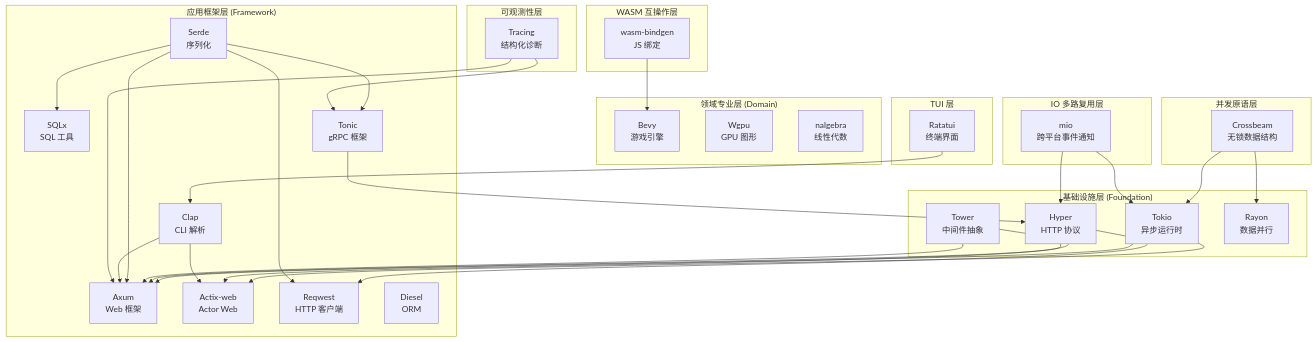
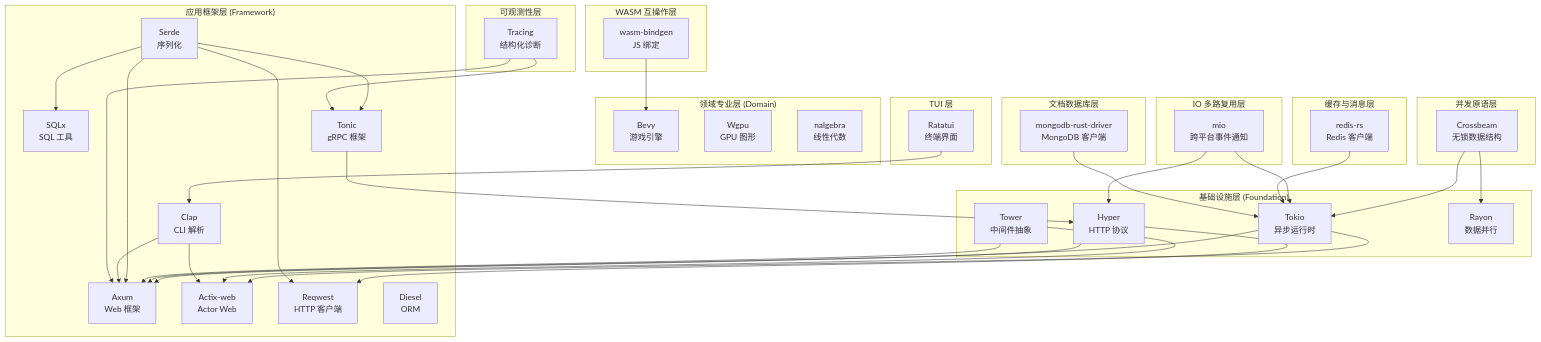
The diagram in docs/research_notes/software_design_theory/07_crate_architectures/00_crate_architecture_master_index.md (martin-ly/rust-lang), drawn with Mermaid before and after one commit. The commit also changed other lines of this file and 47 other files, not shown here.

````diff
--- a/docs/research_notes/software_design_theory/07_crate_architectures/00_crate_architecture_master_index.md
+++ b/docs/research_notes/software_design_theory/07_crate_architectures/00_crate_architecture_master_index.md
@@ -106,68 +109,78 @@
 ```mermaid
 graph TD
     subgraph 基础设施层["基础设施层 (Foundation)"]
         TOKIO[Tokio<br/>异步运行时]
         HYPER[Hyper<br/>HTTP 协议]
         TOWER[Tower<br/>中间件抽象]
         RAYON[Rayon<br/>数据并行]
     end
 
     subgraph 应用框架层["应用框架层 (Framework)"]
         AXUM[Axum<br/>Web 框架]
         ACTIX[Actix-web<br/>Actor Web]
         SERDE[Serde<br/>序列化]
         CLAP[Clap<br/>CLI 解析]
         REQ[Reqwest<br/>HTTP 客户端]
         SQLX[SQLx<br/>SQL 工具]
         DIESEL[Diesel<br/>ORM]
         TONIC[Tonic<br/>gRPC 框架]
     end
 
     subgraph 领域专业层["领域专业层 (Domain)"]
         BEVY[Bevy<br/>游戏引擎]
         WGPU[Wgpu<br/>GPU 图形]
         NALG[nalgebra<br/>线性代数]
     end
 
     subgraph WASM 互操作层["WASM 互操作层"]
         WBINDGEN[wasm-bindgen<br/>JS 绑定]
     end
 
     subgraph 可观测性层["可观测性层"]
         TRACE[Tracing<br/>结构化诊断]
     end
 
     subgraph 并发原语层["并发原语层"]
         CB[Crossbeam<br/>无锁数据结构]
     end
 
     subgraph IO 多路复用层["IO 多路复用层"]
         MIO[mio<br/>跨平台事件通知]
     end
 
+    subgraph 缓存与消息层["缓存与消息层"]
+        REDIS[redis-rs<br/>Redis 客户端]
+    end
+
+    subgraph 文档数据库层["文档数据库层"]
+        MONGODB[mongodb-rust-driver<br/>MongoDB 客户端]
+    end
+
     subgraph TUI 层["TUI 层"]
         TUI[Ratatui<br/>终端界面]
     end
 
     TOKIO --> AXUM
     TOKIO --> ACTIX
     HYPER --> AXUM
     HYPER --> REQ
     TOWER --> AXUM
     TOWER --> ACTIX
     SERDE --> AXUM
     SERDE --> SQLX
     SERDE --> REQ
     SERDE --> TONIC
     CLAP --> AXUM
     CLAP --> ACTIX
     TONIC --> HYPER
     WBINDGEN --> BEVY
     TRACE --> AXUM
     TRACE --> TONIC
     CB --> TOKIO
     CB --> RAYON
     MIO --> TOKIO
     MIO --> HYPER
+    REDIS --> TOKIO
+    MONGODB --> TOKIO
     TUI --> CLAP
 ```
````
